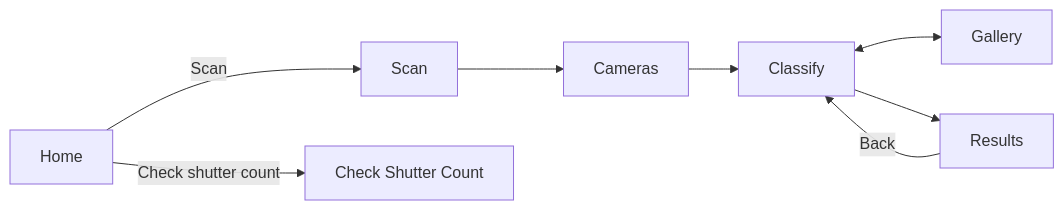
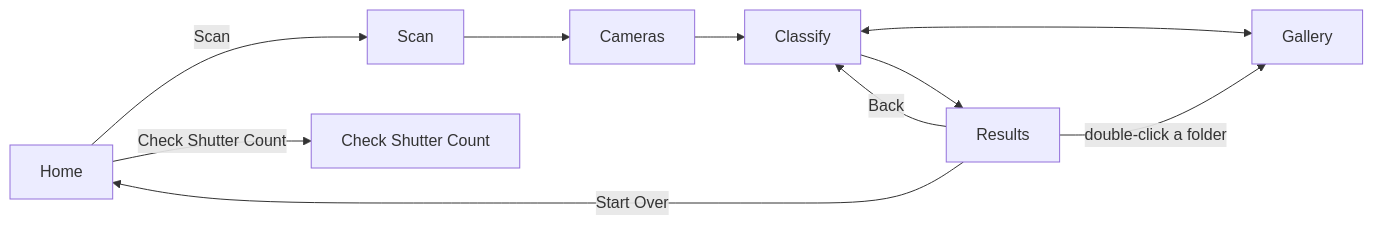
Before and after one commit to PoyoPoak/camera-odometer-calculator: the diagram in docs/design.md, drawn with Mermaid. The commit also changed other lines of this file and 4 other files, not shown here.

First line of the commit message:
docs: UI polish batch in design, user guide, architecture and validate

````diff
--- a/docs/design.md
+++ b/docs/design.md
@@ -7,10 +7,12 @@
 ```mermaid
 flowchart LR
     Home -->|Scan| Scan
-    Home -->|Check shutter count| Check[Check Shutter Count]
+    Home -->|Check Shutter Count| Check[Check Shutter Count]
     Scan --> Cameras
     Cameras --> Classify
     Classify <--> Gallery
     Classify --> Results
     Results -->|Back| Classify
+    Results -->|double-click a folder| Gallery
+    Results -->|Start Over| Home
 ```
````
